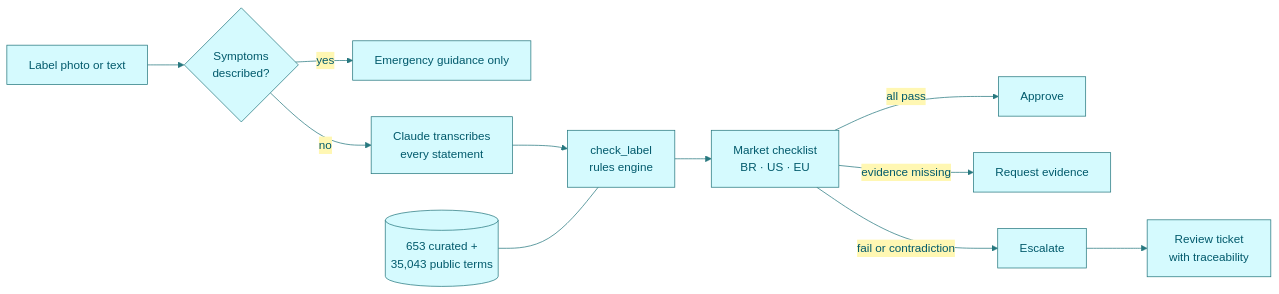
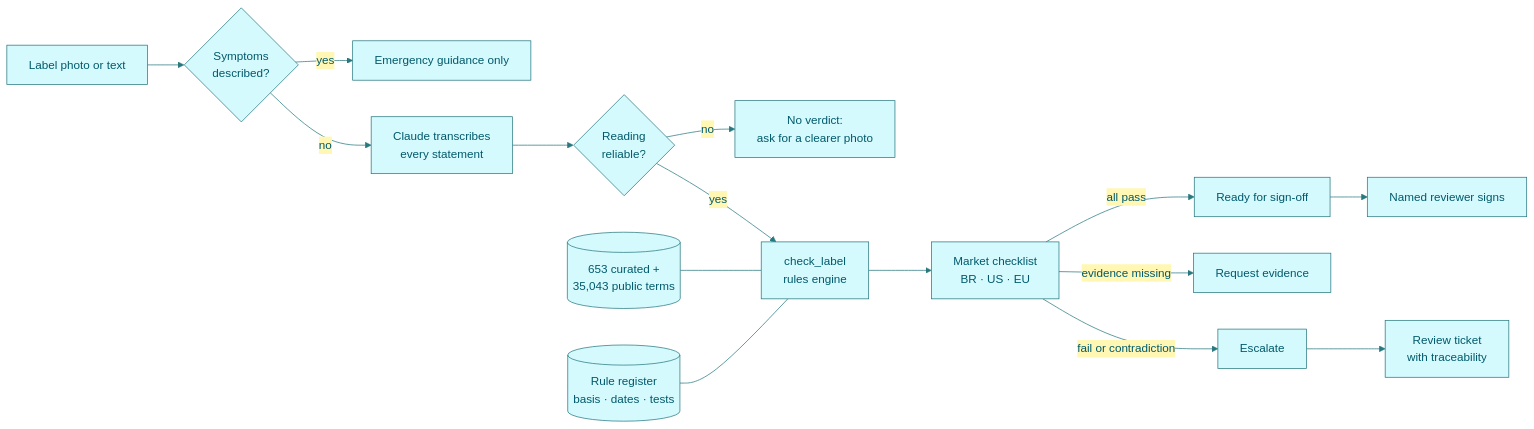
Before and after one commit to t0masleones/ingredient-lens: the diagram in README.md, drawn with Mermaid. The commit also changed other lines of this file and 55 other files, not shown here.

First line of the commit message:
Add benchmark and results documentation for rules engine v0.6.0

````diff
--- a/README.md
+++ b/README.md
@@ -46,14 +48,18 @@
 ```mermaid
 %%{init: {"theme": "base", "themeVariables": {"primaryColor": "#D5FAFE", "primaryTextColor": "#00596B", "primaryBorderColor": "#27787F", "lineColor": "#27787F", "secondaryColor": "#FFF7B3", "tertiaryColor": "#F1F6F6", "fontFamily": "Segoe UI, Arial, sans-serif"}}}%%
 flowchart LR
   L[Label photo or text] --> S{Symptoms<br>described?}
   S -->|yes| EM[Emergency guidance only]
   S -->|no| T[Claude transcribes<br>every statement]
-  T --> R[check_label<br>rules engine]
+  T --> G{Reading<br>reliable?}
+  G -->|no| MR[No verdict:<br>ask for a clearer photo]
+  G -->|yes| R[check_label<br>rules engine]
   D[(653 curated +<br>35,043 public terms)] --- R
+  RR[(Rule register<br>basis · dates · tests)] --- R
   R --> C[Market checklist<br>BR · US · EU]
-  C -->|all pass| A[Approve]
+  C -->|all pass| A[Ready for sign-off]
   C -->|evidence missing| E[Request evidence]
   C -->|fail or contradiction| X[Escalate]
+  A --> SO[Named reviewer signs]
   X --> K[Review ticket<br>with traceability]
 ```
````
